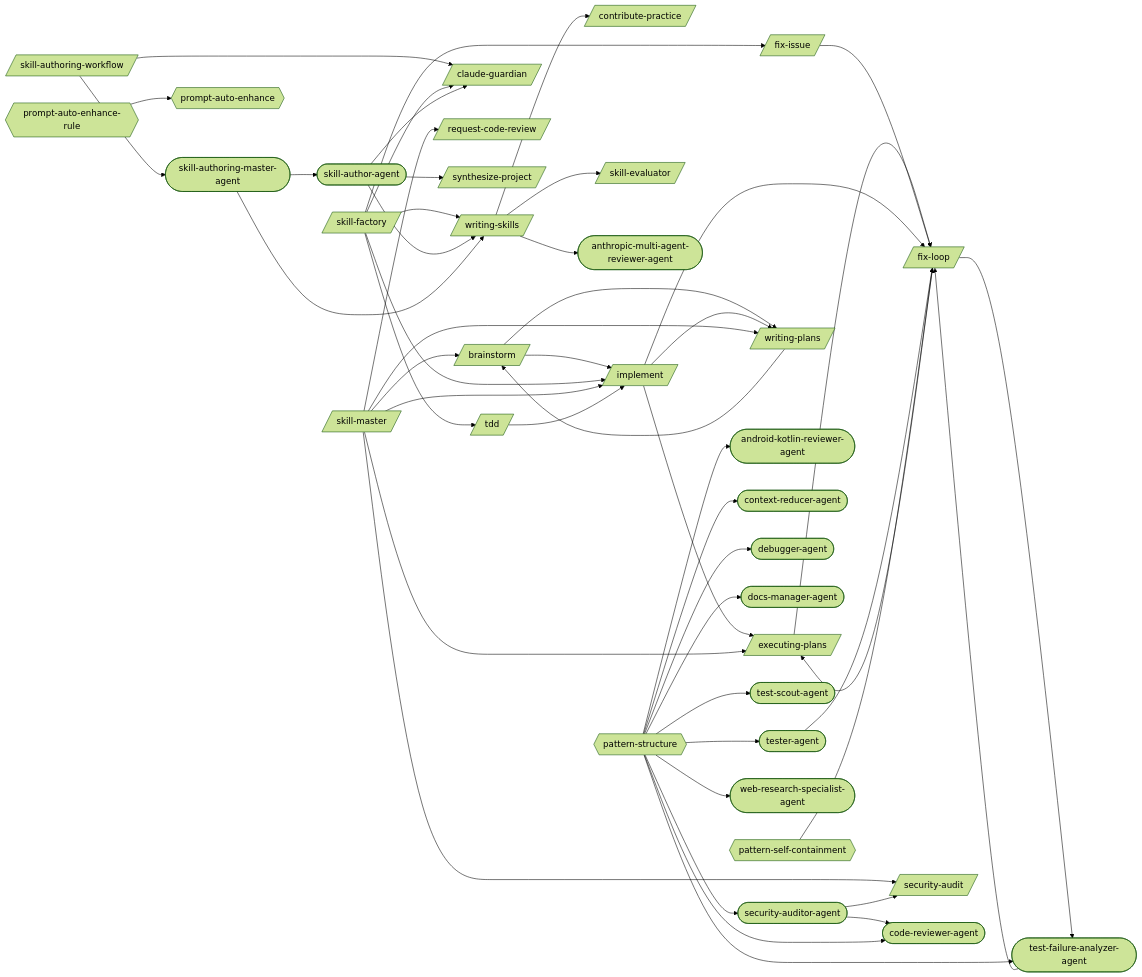
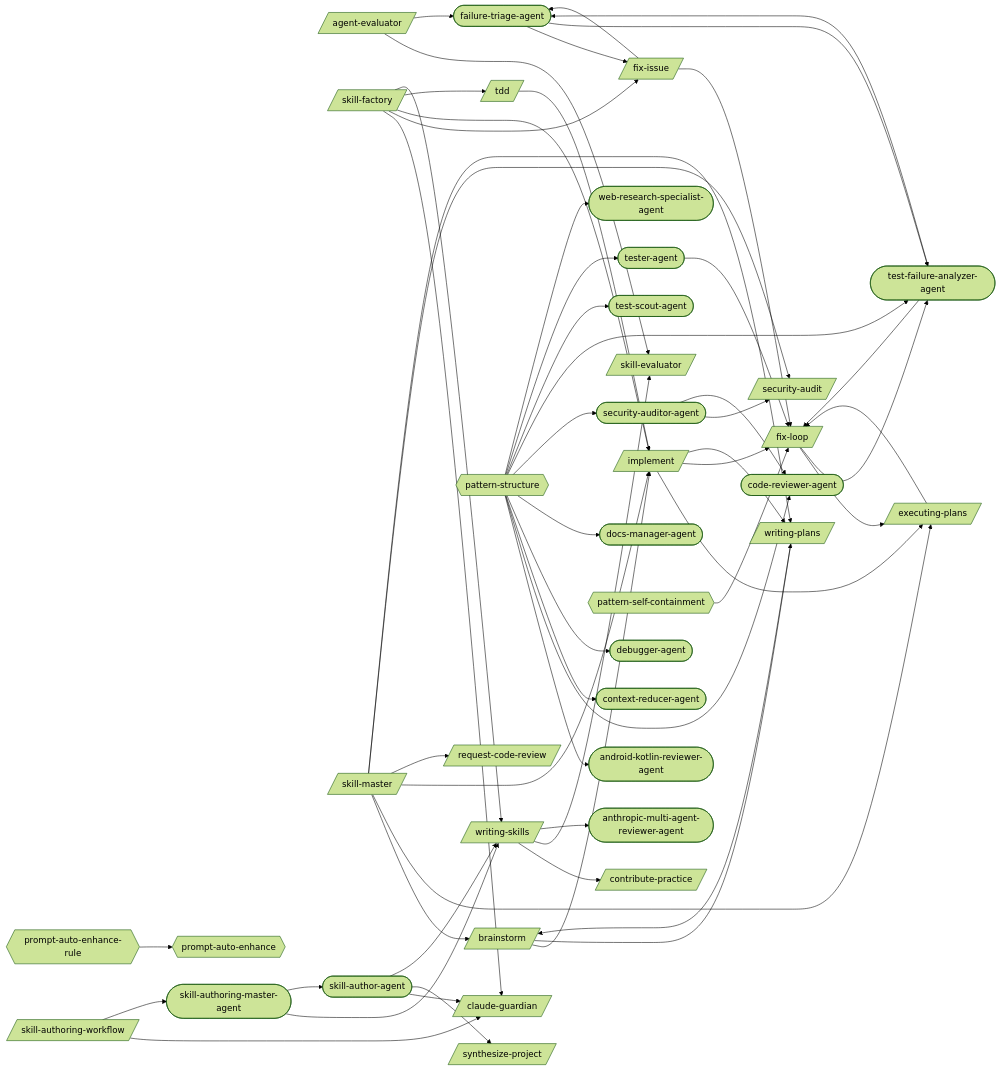
One commit to abhayla/claude-best-practices changed the first of 23 diagrams in docs/workflows/skill-authoring.md. Above: the diagram before and after it, drawn with Mermaid (forest theme). The commit also changed other lines of this file and 12 other files, not shown here.

````diff
--- a/docs/workflows/skill-authoring.md
+++ b/docs/workflows/skill-authoring.md
@@ -9,5 +9,6 @@
 ```mermaid
 graph LR
+    agent_evaluator[/agent-evaluator/]
     brainstorm[/brainstorm/]
     claude_guardian[/claude-guardian/]
     contribute_practice[/contribute-practice/]
@@ -31,6 +32,7 @@
     context_reducer_agent([context-reducer-agent])
     debugger_agent([debugger-agent])
     docs_manager_agent([docs-manager-agent])
+    failure_triage_agent([failure-triage-agent])
     security_auditor_agent([security-auditor-agent])
     skill_author_agent([skill-author-agent])
     skill_authoring_master_agent([skill-authoring-master-agent])
@@ -42,10 +44,13 @@
     pattern_structure{{pattern-structure}}
     prompt_auto_enhance{{prompt-auto-enhance}}
     prompt_auto_enhance_rule{{prompt-auto-enhance-rule}}
+    agent_evaluator --> skill_evaluator
+    agent_evaluator --> failure_triage_agent
     brainstorm --> implement
     brainstorm --> writing_plans
     executing_plans --> fix_loop
     fix_issue --> fix_loop
+    fix_issue --> failure_triage_agent
     fix_loop --> executing_plans
     fix_loop --> test_failure_analyzer_agent
     implement --> executing_plans
@@ -69,6 +74,8 @@
     writing_skills --> contribute_practice
     writing_skills --> skill_evaluator
     writing_skills --> anthropic_multi_agent_reviewer_agent
+    failure_triage_agent --> fix_issue
+    failure_triage_agent --> test_failure_analyzer_agent
     security_auditor_agent --> security_audit
     security_auditor_agent --> code_reviewer_agent
     skill_author_agent --> claude_guardian
@@ -77,6 +84,7 @@
     skill_authoring_master_agent --> writing_skills
     skill_authoring_master_agent --> skill_author_agent
     test_failure_analyzer_agent --> fix_loop
+    test_failure_analyzer_agent --> failure_triage_agent
     tester_agent --> fix_loop
     pattern_self_containment --> fix_loop
     pattern_structure --> android_kotlin_reviewer_agent
````
